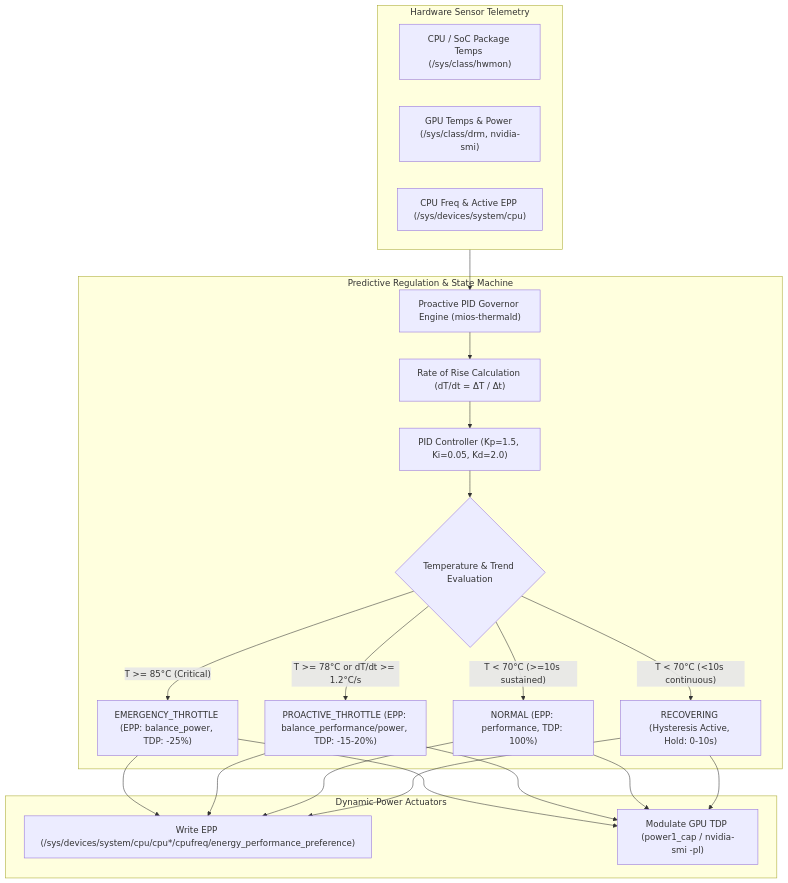
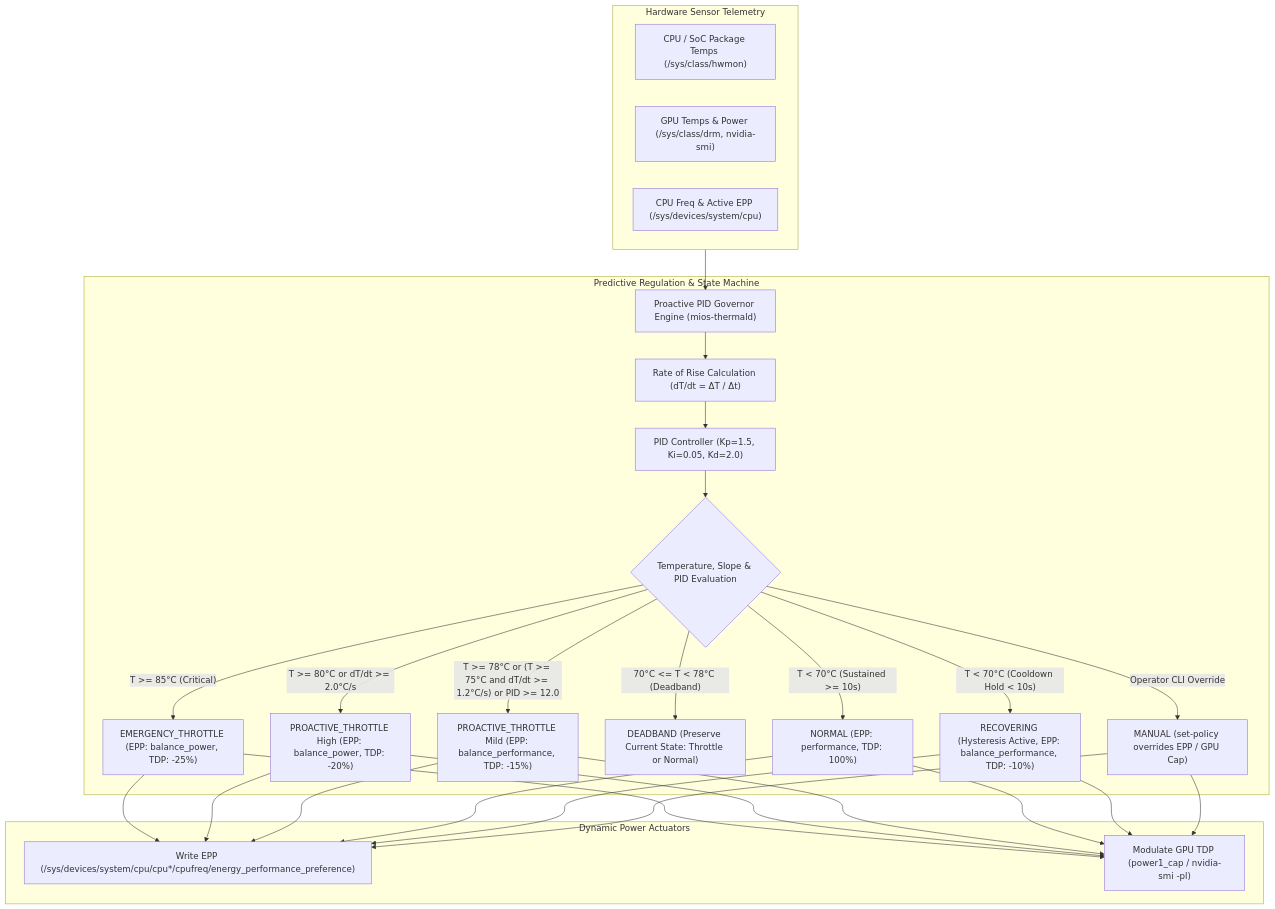
Before and after one commit to mios-dev/MiOS: the diagram in usr/share/doc/mios/manual/ch88-proactive-thermal-governor.md, drawn with Mermaid. The commit also changed other lines of this file, not shown here.

Commit message:
docs(manual): audit and align ch88 with proactive thermal governor implementation

````diff
--- a/usr/share/doc/mios/manual/ch88-proactive-thermal-governor.md
+++ b/usr/share/doc/mios/manual/ch88-proactive-thermal-governor.md
@@ -9,33 +9,40 @@
 ```mermaid
 flowchart TD
     subgraph Telemetry ["Hardware Sensor Telemetry"]
         CPU_Sens["CPU / SoC Package Temps (/sys/class/hwmon)"]
         GPU_Sens["GPU Temps & Power (/sys/class/drm, nvidia-smi)"]
         Freq_Sens["CPU Freq & Active EPP (/sys/devices/system/cpu)"]
     end
 
     Telemetry --> Engine["Proactive PID Governor Engine (mios-thermald)"]
 
     subgraph Regulation ["Predictive Regulation & State Machine"]
         Engine --> Deriv["Rate of Rise Calculation (dT/dt = ΔT / Δt)"]
         Deriv --> PID["PID Controller (Kp=1.5, Ki=0.05, Kd=2.0)"]
-        PID --> Decision{"Temperature & Trend Evaluation"}
+        PID --> Decision{"Temperature, Slope & PID Evaluation"}
 
         Decision -- "T >= 85°C (Critical)" --> Emergency["EMERGENCY_THROTTLE (EPP: balance_power, TDP: -25%)"]
-        Decision -- "T >= 78°C or dT/dt >= 1.2°C/s" --> Proactive["PROACTIVE_THROTTLE (EPP: balance_performance/power, TDP: -15-20%)"]
-        Decision -- "T < 70°C (<10s continuous)" --> Recovering["RECOVERING (Hysteresis Active, Hold: 0-10s)"]
-        Decision -- "T < 70°C (>=10s sustained)" --> Normal["NORMAL (EPP: performance, TDP: 100%)"]
+        Decision -- "T >= 80°C or dT/dt >= 2.0°C/s" --> ProactiveHigh["PROACTIVE_THROTTLE High (EPP: balance_power, TDP: -20%)"]
+        Decision -- "T >= 78°C or (T >= 75°C and dT/dt >= 1.2°C/s) or PID >= 12.0" --> ProactiveMild["PROACTIVE_THROTTLE Mild (EPP: balance_performance, TDP: -15%)"]
+        Decision -- "70°C <= T < 78°C (Deadband)" --> Deadband["DEADBAND (Preserve Current State: Throttle or Normal)"]
+        Decision -- "T < 70°C (Cooldown Hold < 10s)" --> Recovering["RECOVERING (Hysteresis Active, EPP: balance_performance, TDP: -10%)"]
+        Decision -- "T < 70°C (Sustained >= 10s)" --> Normal["NORMAL (EPP: performance, TDP: 100%)"]
+        Decision -- "Operator CLI Override" --> Manual["MANUAL (set-policy overrides EPP / GPU Cap)"]
     end
 
     subgraph Actuation ["Dynamic Power Actuators"]
         Emergency --> ApplyEPP["Write EPP (/sys/devices/system/cpu/cpu*/cpufreq/energy_performance_preference)"]
-        Proactive --> ApplyEPP
+        ProactiveHigh --> ApplyEPP
+        ProactiveMild --> ApplyEPP
         Normal --> ApplyEPP
         Recovering --> ApplyEPP
+        Manual --> ApplyEPP
 
         Emergency --> ApplyGPU["Modulate GPU TDP (power1_cap / nvidia-smi -pl)"]
-        Proactive --> ApplyGPU
+        ProactiveHigh --> ApplyGPU
+        ProactiveMild --> ApplyGPU
         Normal --> ApplyGPU
         Recovering --> ApplyGPU
+        Manual --> ApplyGPU
     end
 ```
````
